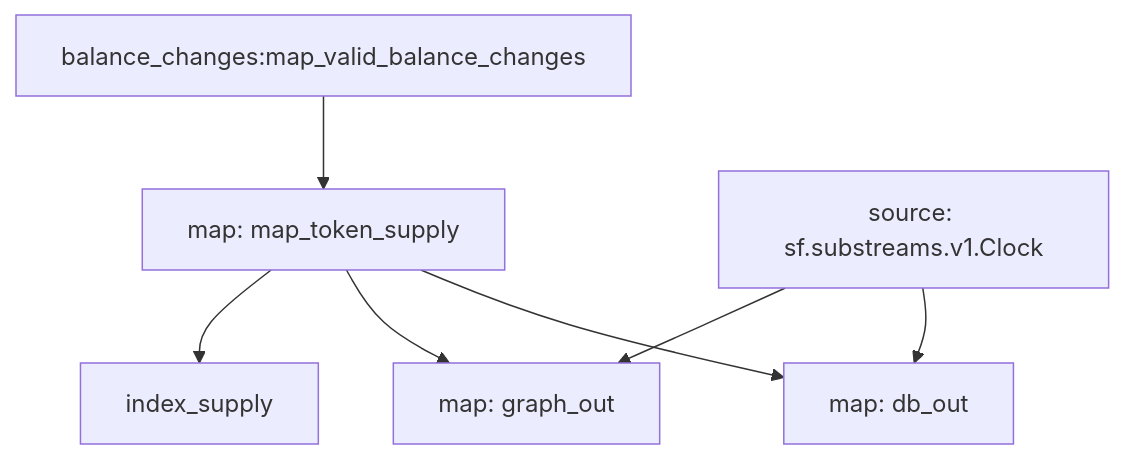
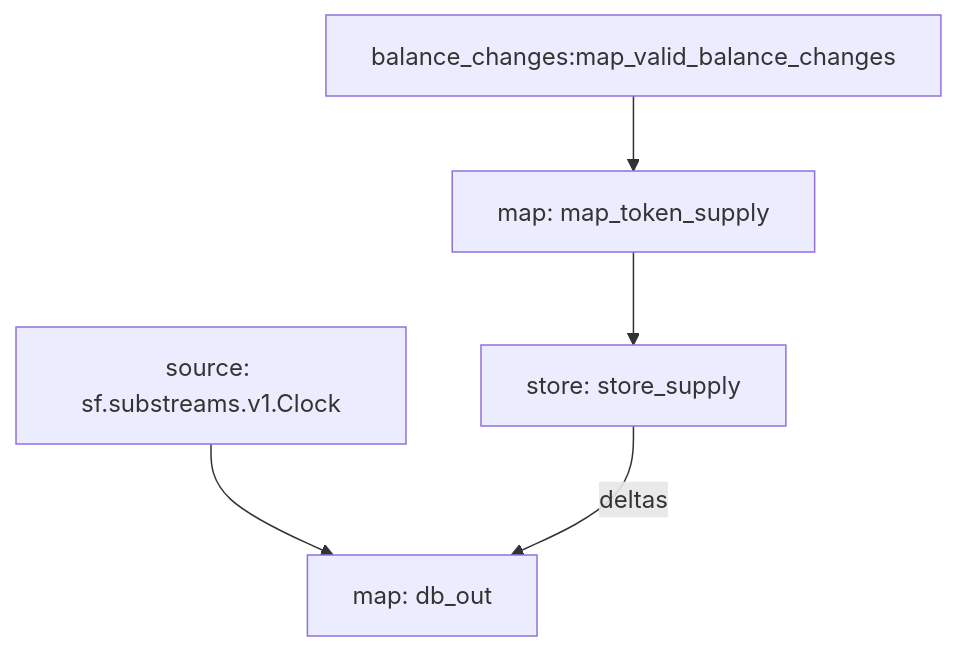
Before and after one commit to pinax-network/substreams-erc20-supply: the diagram in README.md, drawn with Mermaid. The commit also changed other lines of this file, not shown here.

````diff
--- a/README.md
+++ b/README.md
@@ -93,12 +91,10 @@
 ```mermaid
 graph TD;
   map_token_supply[map: map_token_supply];
   balance_changes:map_valid_balance_changes --> map_token_supply;
-  map_token_supply --> index_supply;
-  graph_out[map: graph_out];
-  sf.substreams.v1.Clock[source: sf.substreams.v1.Clock] --> graph_out;
-  map_token_supply --> graph_out;
+  store_supply[store: store_supply];
+  map_token_supply --> store_supply;
   db_out[map: db_out];
   sf.substreams.v1.Clock[source: sf.substreams.v1.Clock] --> db_out;
-  map_token_supply --> db_out;
+  store_supply -- deltas --> db_out;
 ```
````
